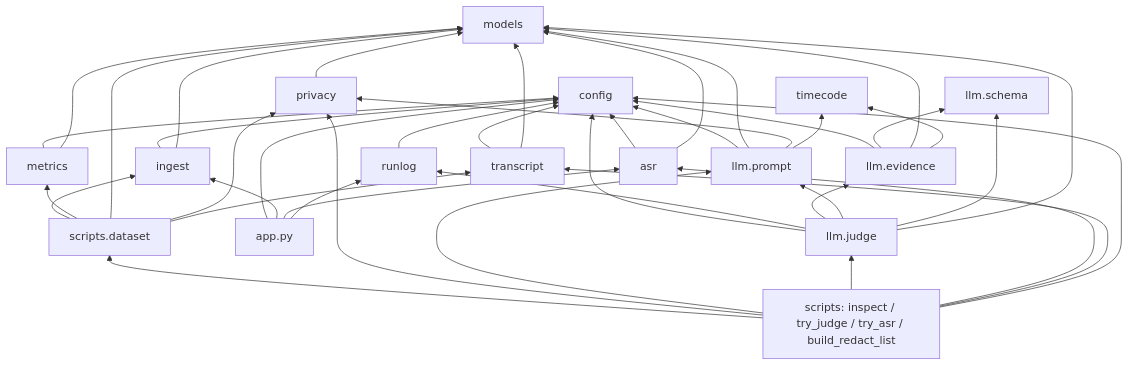
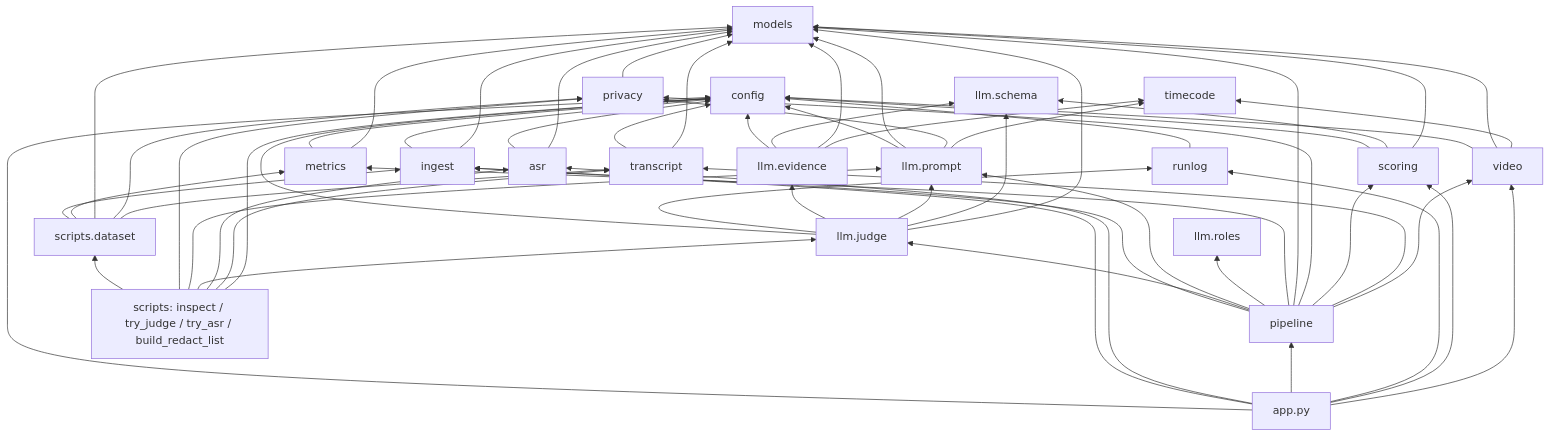
Before and after one commit to Ashish94312/classlens: the first of 17 diagrams in docs/LLD.md, drawn with Mermaid. The commit also changed other lines of this file and 18 other files, not shown here.

````diff
--- a/docs/LLD.md
+++ b/docs/LLD.md
@@ -115,19 +123,22 @@
 ```mermaid
 flowchart BT
   config[config]
   models[models]
   timecode[timecode]
   ingest[ingest] --> config & models
   asr[asr] --> config & models
   transcript[transcript] --> config & models
   privacy[privacy] --> models
   metrics[metrics] --> config & models
   runlog[runlog] --> config
   schema[llm.schema]
   prompt[llm.prompt] --> config & models & privacy & timecode
   evidence[llm.evidence] --> config & schema & models & timecode
   judge[llm.judge] --> config & runlog & evidence & prompt & schema & models
-  app[app.py] --> config & ingest & asr & runlog
+  video[video] --> config & models & timecode
+  scoring[scoring] --> config & schema & models
+  pipeline[pipeline] --> ingest & judge & prompt & roles[llm.roles] & metrics & models & privacy & scoring & transcript & video
+  app[app.py] --> config & ingest & asr & pipeline & runlog & scoring & video
   dataset[scripts.dataset] --> ingest & metrics & models & privacy & transcript
   scripts[scripts: inspect / try_judge / try_asr / build_redact_list] --> dataset & privacy & prompt & judge & asr & transcript & config
 ```
````
